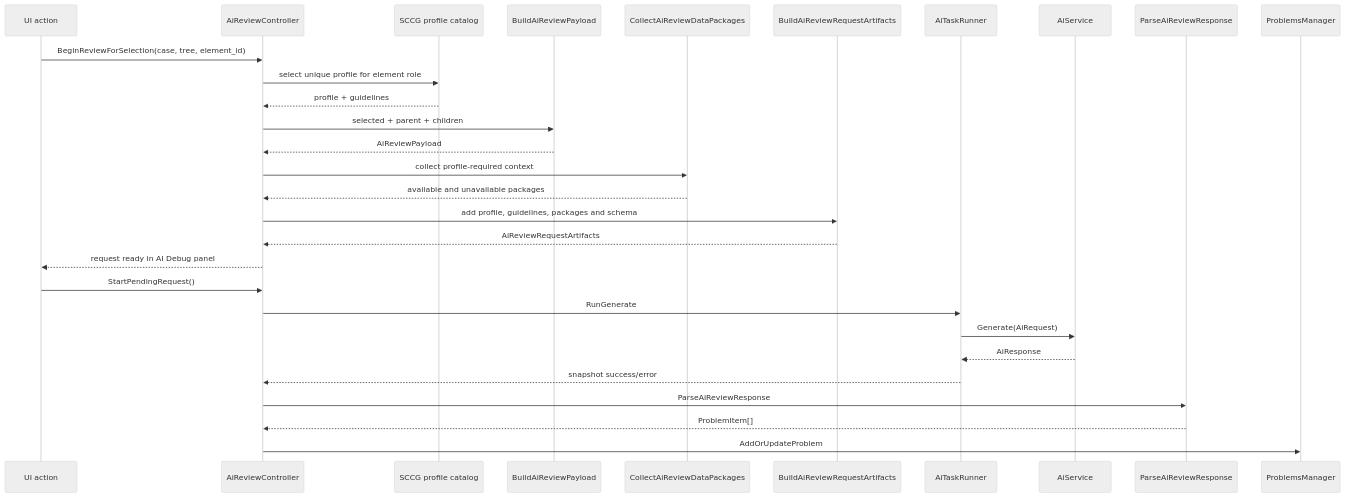
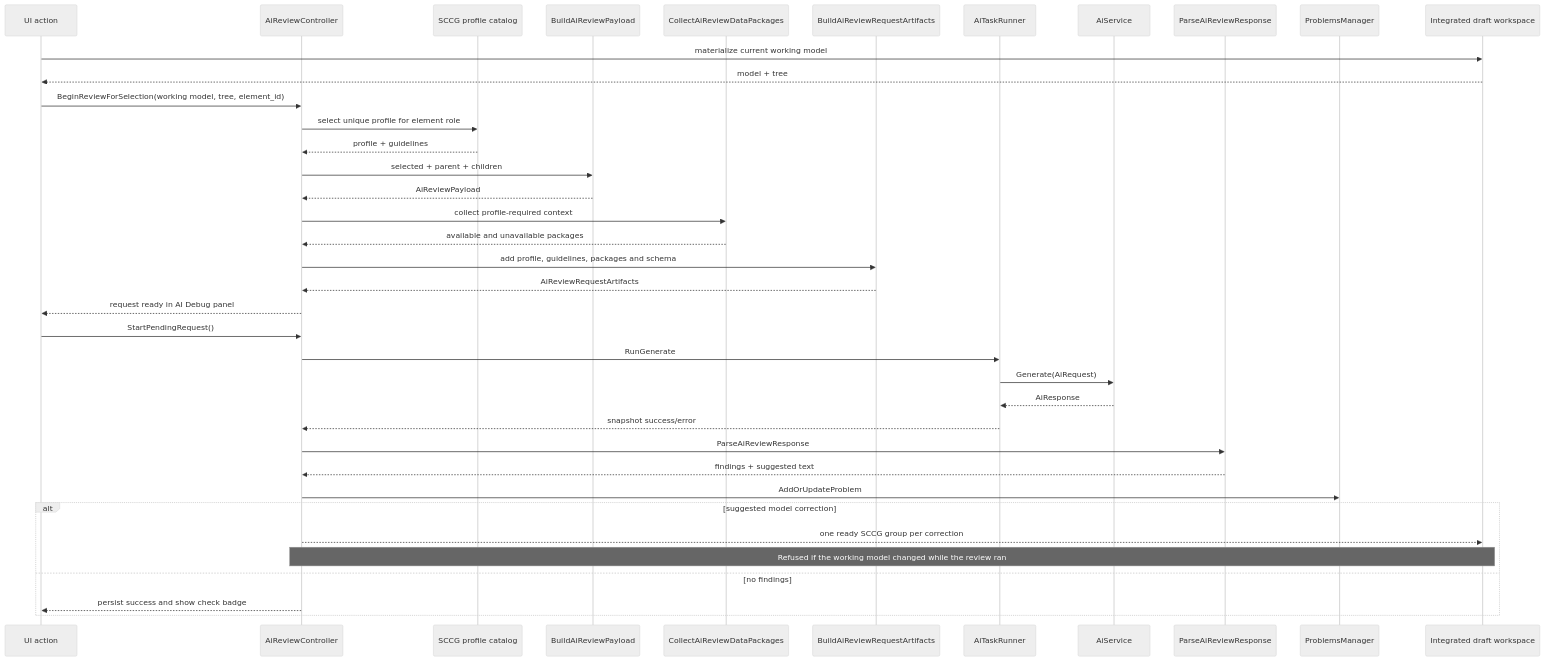
Before and after one commit to lasrod/assurance-forge: the fourth of 5 diagrams in docs/architecture/review-ai.md, drawn with Mermaid (neutral theme). The commit also changed other lines of this file and 30 other files, not shown here.

Commit message:
integrate SCCG review with working drafts

````diff
--- a/docs/architecture/review-ai.md
+++ b/docs/architecture/review-ai.md
@@ -98,32 +105,41 @@
 ```mermaid
 sequenceDiagram
     participant UI as UI action
     participant Controller as AiReviewController
     participant Catalog as SCCG profile catalog
     participant Payload as BuildAiReviewPayload
     participant Data as CollectAiReviewDataPackages
     participant Artifacts as BuildAiReviewRequestArtifacts
     participant Runner as AiTaskRunner
     participant Service as AiService
     participant Parser as ParseAiReviewResponse
     participant Problems as ProblemsManager
+    participant Draft as Integrated draft workspace
 
-    UI->>Controller: BeginReviewForSelection(case, tree, element_id)
+    UI->>Draft: materialize current working model
+    Draft-->>UI: model + tree
+    UI->>Controller: BeginReviewForSelection(working model, tree, element_id)
     Controller->>Catalog: select unique profile for element role
     Catalog-->>Controller: profile + guidelines
     Controller->>Payload: selected + parent + children
     Payload-->>Controller: AiReviewPayload
     Controller->>Data: collect profile-required context
     Data-->>Controller: available and unavailable packages
     Controller->>Artifacts: add profile, guidelines, packages and schema
     Artifacts-->>Controller: AiReviewRequestArtifacts
     Controller-->>UI: request ready in AI Debug panel
     UI->>Controller: StartPendingRequest()
     Controller->>Runner: RunGenerate
     Runner->>Service: Generate(AiRequest)
     Service-->>Runner: AiResponse
     Runner-->>Controller: snapshot success/error
     Controller->>Parser: ParseAiReviewResponse
-    Parser-->>Controller: ProblemItem[]
+    Parser-->>Controller: findings + suggested text
     Controller->>Problems: AddOrUpdateProblem
+    alt suggested model correction
+        Controller-->>Draft: one ready SCCG group per correction
+        Note over Controller,Draft: Refused if the working model changed while the review ran
+    else no findings
+        Controller-->>UI: persist success and show check badge
+    end
 ```
````
